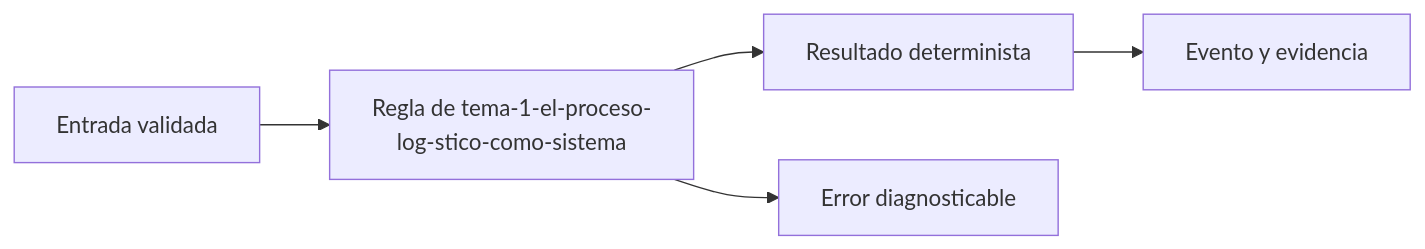
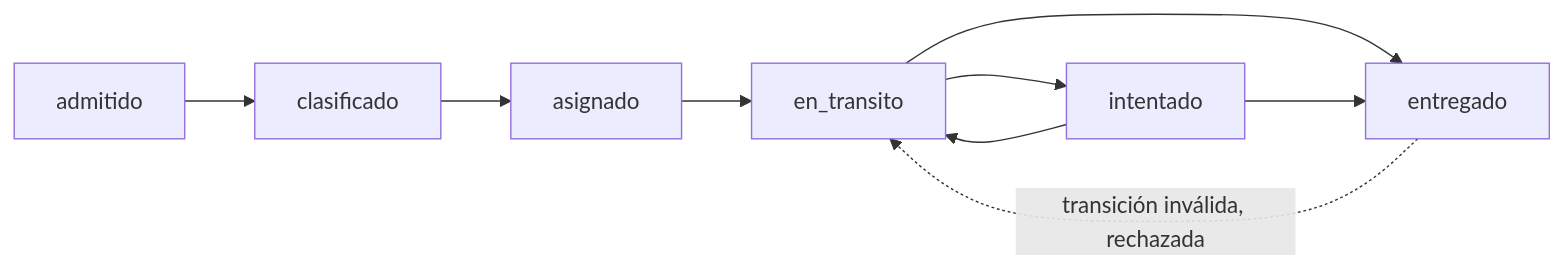
One commit to NICORUIZ93/Academia_Floci changed the second of 6 diagrams in web/public/content/rutaflow/modulo-0.md. Above: the diagram before and after it, drawn with Mermaid. The commit also changed other lines of this file and 56 other files, not shown here.

````diff
--- a/web/public/content/rutaflow/modulo-0.md
+++ b/web/public/content/rutaflow/modulo-0.md
@@ -62,7 +62,11 @@
 ```mermaid
 flowchart LR
-  A[Entrada validada] --> B[Regla de tema-1-el-proceso-log-stico-como-sistema]
-  B --> C[Resultado determinista]
-  C --> D[Evento y evidencia]
-  B --> E[Error diagnosticable]
+  A[admitido] --> B[clasificado]
+  B --> C[asignado]
+  C --> D[en_transito]
+  D --> E[intentado]
+  D --> F[entregado]
+  E --> D
+  E --> F
+  F -.->|transición inválida, rechazada| D
 ```
````
